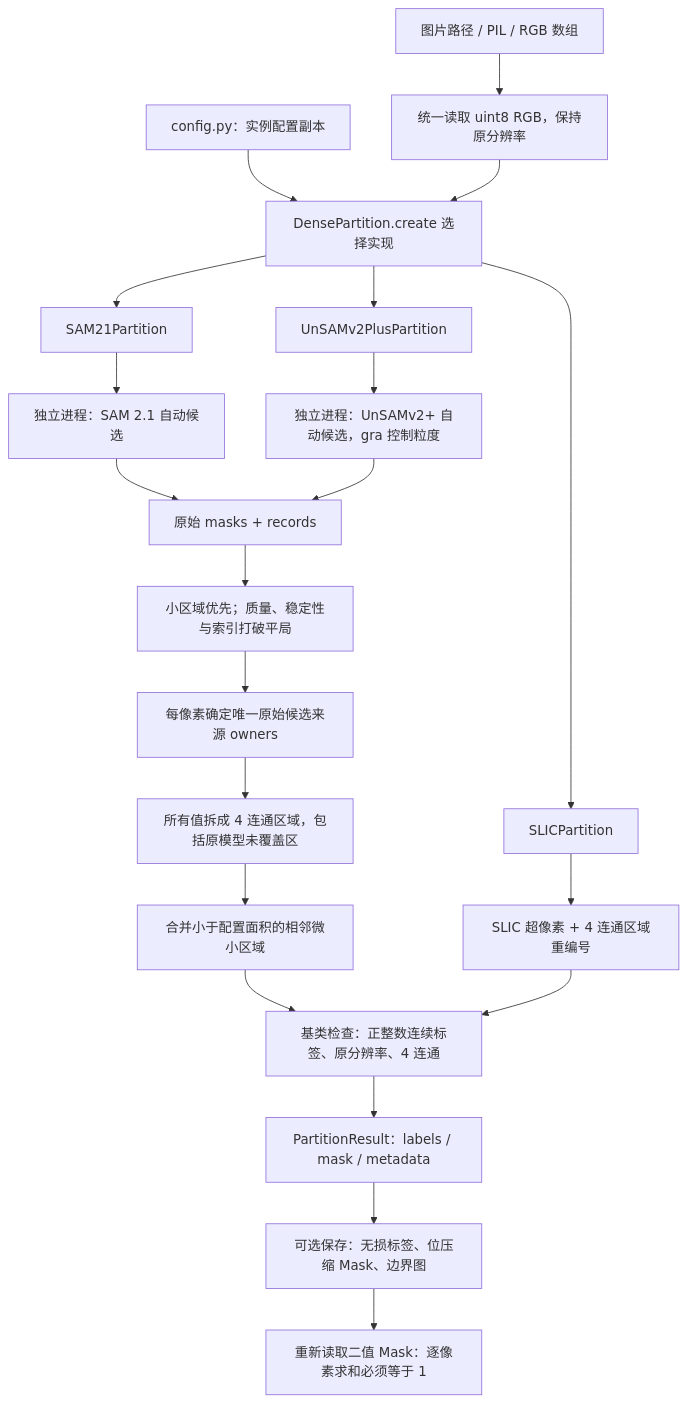
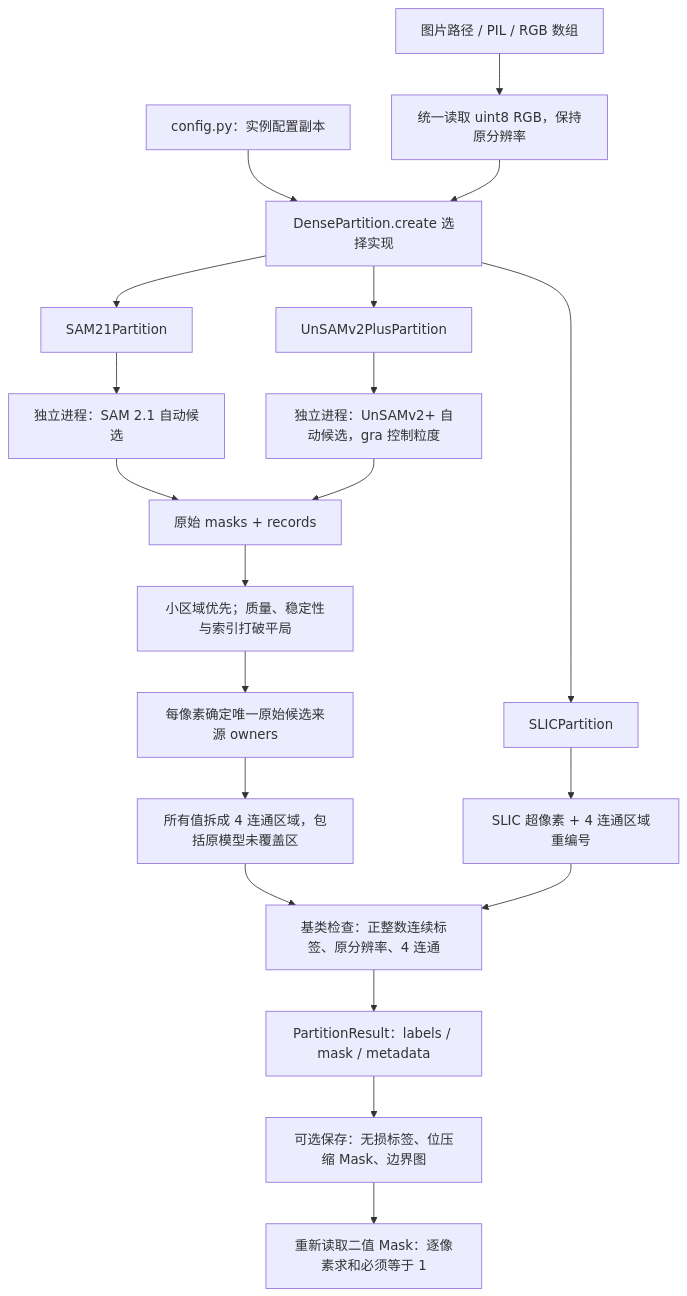
Before and after one commit to yutian929/SystemOneAffordance: the fourth of 4 diagrams in docs/05_method_d_analysis_and_improvements.md, drawn with Mermaid. The commit also changed other lines of this file and 13 other files, not shown here.

````diff
--- a/docs/05_method_d_analysis_and_improvements.md
+++ b/docs/05_method_d_analysis_and_improvements.md
@@ -992,23 +992,22 @@
 ```mermaid
 flowchart TD
     I[图片路径 / PIL / RGB 数组] --> R[统一读取 uint8 RGB，保持原分辨率]
     C[config.py：实例配置副本] --> F[DensePartition.create 选择实现]
     R --> F
     F --> S[SAM21Partition]
     F --> U[UnSAMv2PlusPartition]
     F --> L[SLICPartition]
     S --> SW[独立进程：SAM 2.1 自动候选]
     U --> UW[独立进程：UnSAMv2+ 自动候选，gra 控制粒度]
     SW --> P[原始 masks + records]
     UW --> P
     P --> O[小区域优先；质量、稳定性与索引打破平局]
     O --> A[每像素确定唯一原始候选来源 owners]
     A --> B[所有值拆成 4 连通区域，包括原模型未覆盖区]
-    B --> M[合并小于配置面积的相邻微小区域]
-    M --> V[基类检查：正整数连续标签、原分辨率、4 连通]
+    B --> V[基类检查：正整数连续标签、原分辨率、4 连通]
     L --> SL[SLIC 超像素 + 4 连通区域重编号]
     SL --> V
     V --> RES[PartitionResult：labels / mask / metadata]
     RES --> E[可选保存：无损标签、位压缩 Mask、边界图]
     E --> Q[重新读取二值 Mask：逐像素求和必须等于 1]
 ```
````
